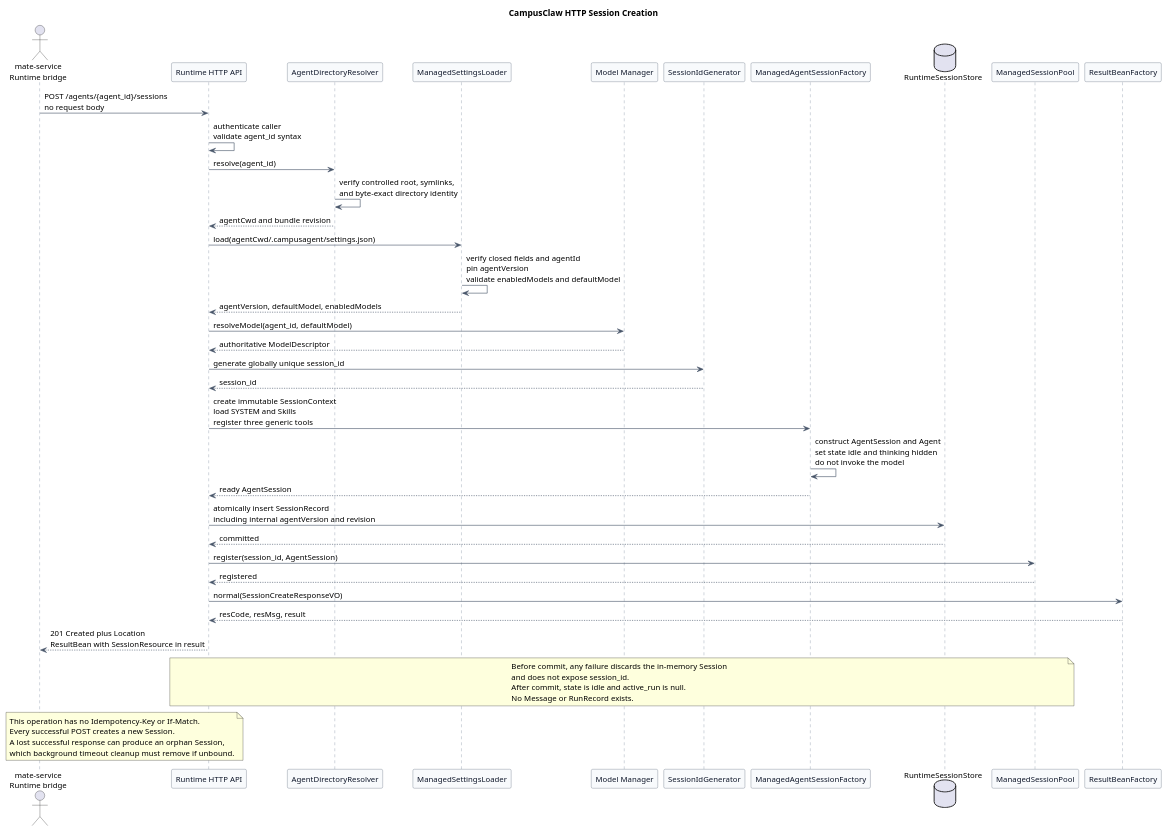
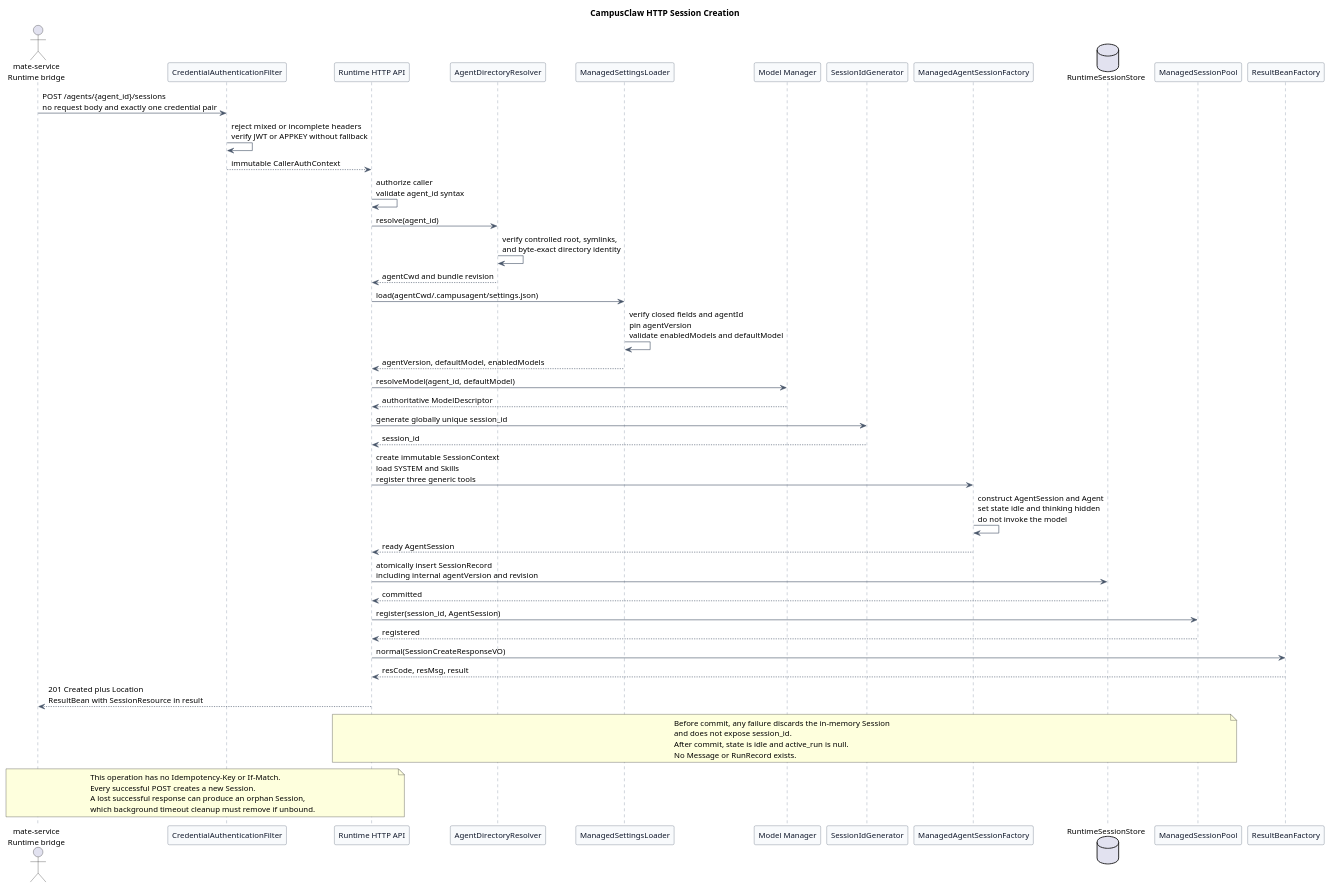
Before and after one commit to ssm0808/pi-mono-java-design: the tenth of 12 diagrams in pi-mono-java-manager-driven-multi-agent-runtime/diagram.puml, drawn with PlantUML. The commit also changed other lines of this file and 6 other files, not shown here.

```diff
--- a/pi-mono-java-manager-driven-multi-agent-runtime/diagram.puml
+++ b/pi-mono-java-manager-driven-multi-agent-runtime/diagram.puml
@@ -996,79 +996,83 @@
 @startuml http_session_creation
 title CampusClaw HTTP Session Creation
 
 ' Source evidence:
 ' pi-mono-java modules/coding-agent-cli/src/main/java/com/campusclaw/codingagent/session/AgentSession.java: initialize
 ' pi-mono-java modules/coding-agent-cli/src/main/java/com/campusclaw/codingagent/context/ContextFileLoader.java: loadSystemPrompt
 ' pi-mono-java modules/coding-agent-cli/src/main/java/com/campusclaw/codingagent/skill/SkillPromptFormatter.java: format
 ' Observed behavior: AgentSession initialization resolves a model, loads context and skills, and creates an Agent.
 ' Observed behavior: initialization does not itself invoke the model or create a Run.
 ' Target design: mate-service supplies only agent_id and CampusClaw generates session_id.
 ' Target design: Managed settings chooses a default candidate and Model Manager remains authoritative.
 ' Target design: a successful POST returns a ready SessionResource without internal version fields.
+' Target design: one JWT or APPKEY adapter produces the same immutable CallerAuthContext.
 ' Design reason: keep Agent selection caller-visible while Runtime identity and revision stay server-owned.
 
 skinparam backgroundColor #FFFFFF
 skinparam shadowing false
 skinparam defaultFontName Arial
 skinparam defaultFontSize 13
 skinparam participant {
   BackgroundColor #F8FAFC
   BorderColor #475569
   FontColor #0F172A
 }
 skinparam ArrowColor #475569
 skinparam sequence {
   LifeLineBorderColor #64748B
   LifeLineBackgroundColor #F8FAFC
   GroupBorderColor #94A3B8
   GroupBackgroundColor #F8FAFC
 }
 
 actor "mate-service\nRuntime bridge" as Mate
+participant "CredentialAuthenticationFilter" as Auth
 participant "Runtime HTTP API" as API
 participant "AgentDirectoryResolver" as Resolver
 participant "ManagedSettingsLoader" as Settings
 participant "Model Manager" as Models
 participant "SessionIdGenerator" as Ids
 participant "ManagedAgentSessionFactory" as Factory
 database "RuntimeSessionStore" as Store
 participant "ManagedSessionPool" as Pool
 participant "ResultBeanFactory" as ResultFactory
 
-Mate -> API : POST /agents/{agent_id}/sessions\nno request body
-API -> API : authenticate caller\nvalidate agent_id syntax
+Mate -> Auth : POST /agents/{agent_id}/sessions\nno request body and exactly one credential pair
+Auth -> Auth : reject mixed or incomplete headers\nverify JWT or APPKEY without fallback
+Auth --> API : immutable CallerAuthContext
+API -> API : authorize caller\nvalidate agent_id syntax
 API -> Resolver : resolve(agent_id)
 Resolver -> Resolver : verify controlled root, symlinks,\nand byte-exact directory identity
 Resolver --> API : agentCwd and bundle revision
 API -> Settings : load(agentCwd/.campusagent/settings.json)
 Settings -> Settings : verify closed fields and agentId\npin agentVersion\nvalidate enabledModels and defaultModel
 Settings --> API : agentVersion, defaultModel, enabledModels
 API -> Models : resolveModel(agent_id, defaultModel)
 Models --> API : authoritative ModelDescriptor
 API -> Ids : generate globally unique session_id
 Ids --> API : session_id
 API -> Factory : create immutable SessionContext\nload SYSTEM and Skills\nregister three generic tools
 Factory -> Factory : construct AgentSession and Agent\nset state idle and thinking hidden\ndo not invoke the model
 Factory --> API : ready AgentSession
 API -> Store : atomically insert SessionRecord\nincluding internal agentVersion and revision
 Store --> API : committed
 API -> Pool : register(session_id, AgentSession)
 Pool --> API : registered
 API -> ResultFactory : normal(SessionCreateResponseVO)
 ResultFactory --> API : resCode, resMsg, result
 API --> Mate : 201 Created plus Location\nResultBean with SessionResource in result
 
 note over API,Pool
 Before commit, any failure discards the in-memory Session
 and does not expose session_id.
 After commit, state is idle and active_run is null.
 No Message or RunRecord exists.
 end note
 
 note over Mate,API
 This operation has no Idempotency-Key or If-Match.
 Every successful POST creates a new Session.
 A lost successful response can produce an orphan Session,
 which background timeout cleanup must remove if unbound.
 end note
 @enduml
```
